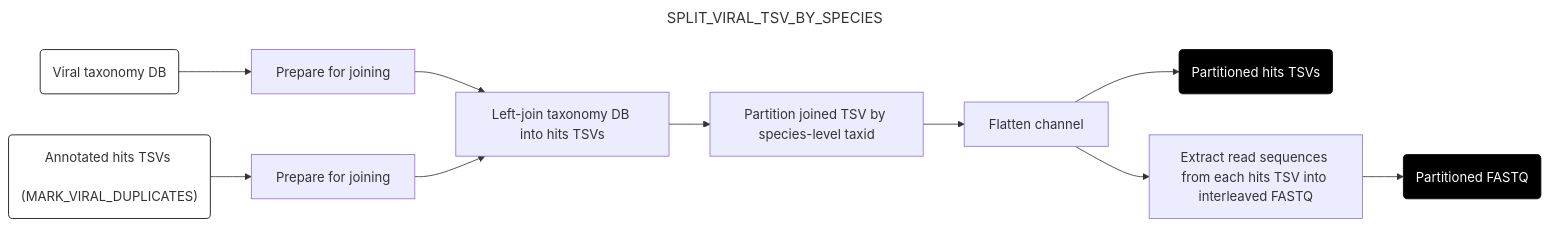
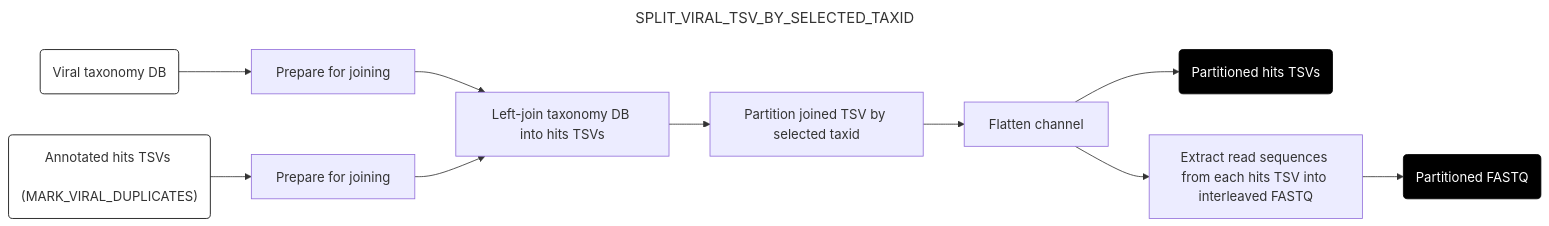
The fifth of 11 diagrams in docs/downstream.md (naobservatory/mgs-workflow), drawn with Mermaid before and after one commit. The commit also changed other lines of this file and 8 other files, not shown here.

````diff
--- a/docs/downstream.md
+++ b/docs/downstream.md
@@ -230,21 +230,21 @@
 ```mermaid
 ---
-title: SPLIT_VIRAL_TSV_BY_SPECIES
+title: SPLIT_VIRAL_TSV_BY_SELECTED_TAXID
 config:
   layout: horizontal
 ---
 flowchart LR
 A("Viral taxonomy DB") --> B[Prepare for joining]
 C("Annotated hits TSVs <br> (MARK_VIRAL_DUPLICATES)") --> D[Prepare for joining]
 B --> E[Left-join taxonomy DB into hits TSVs]
 D --> E
-E --> F[Partition joined TSV by species-level taxid]
+E --> F[Partition joined TSV by selected taxid]
 F --> G[Flatten channel]
 G --> H(Partitioned hits TSVs)
 G --> I[Extract read sequences from each hits TSV into interleaved FASTQ]
 I --> J(Partitioned FASTQ)
 style A fill:#fff,stroke:#000
 style C fill:#fff,stroke:#000
 style H fill:#000,color:#fff,stroke:#000
 style J fill:#000,color:#fff,stroke:#000
 ```
````
